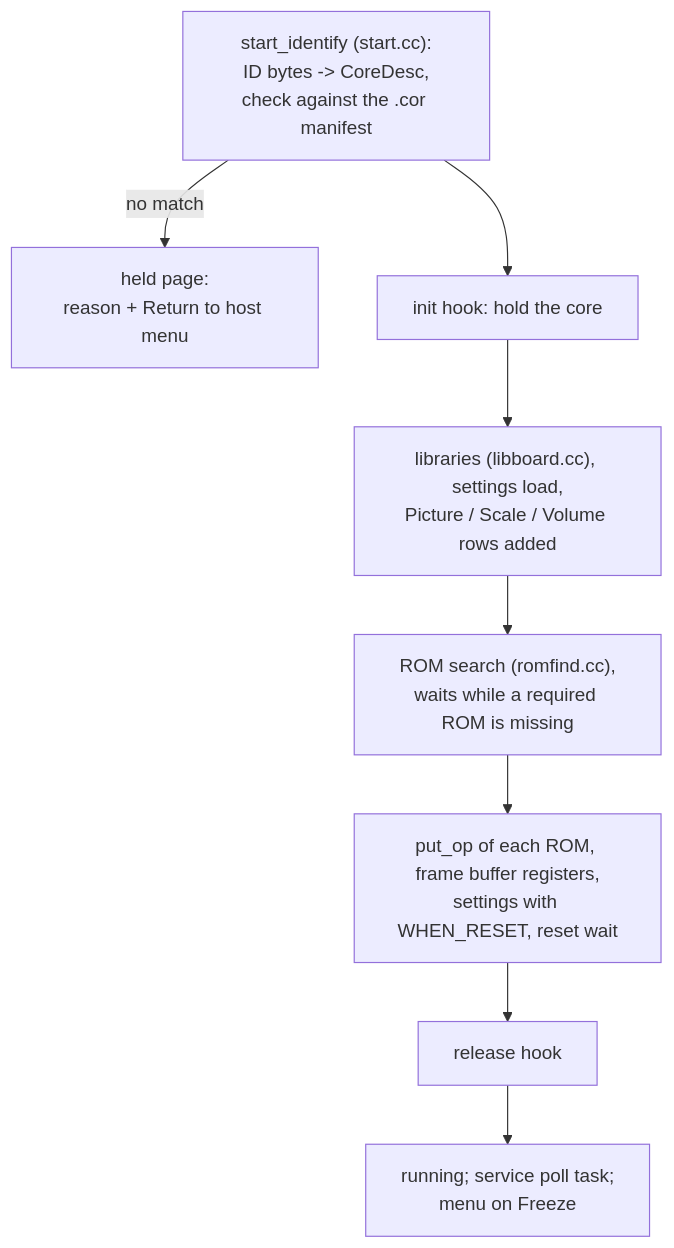
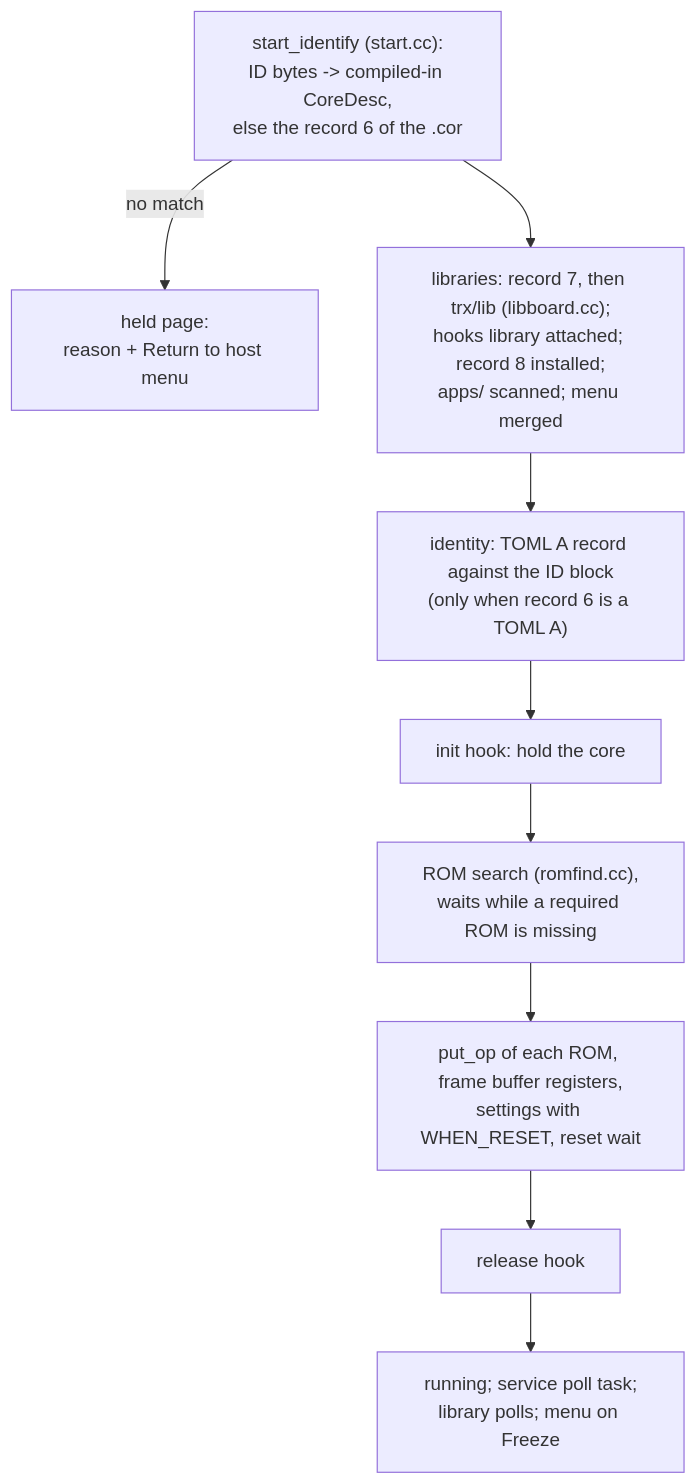
The second of 2 diagrams in docs/dev/core-app-guide.md (Jondalar/TRX64U-MultiCore), drawn with Mermaid before and after one commit. The commit also changed other lines of this file, not shown here.

First line of the commit message:
core app guide reworked by TRX64-Ultimate (Alex's request): the SDK core path, checked against t239.3 e7bed3e93

````diff
--- a/docs/dev/core-app-guide.md
+++ b/docs/dev/core-app-guide.md
@@ -44,10 +57,11 @@
 ```mermaid
 flowchart TD
-  A["start_identify (start.cc):<br/>ID bytes -> CoreDesc,<br/>check against the .cor manifest"] -->|no match| H["held page:<br/>reason + Return to host menu"]
-  A --> B["init hook: hold the core"]
-  B --> C["libraries (libboard.cc), settings load,<br/>Picture / Scale / Volume rows added"]
-  C --> D["ROM search (romfind.cc),<br/>waits while a required ROM is missing"]
+  A["start_identify (start.cc):<br/>ID bytes -> compiled-in CoreDesc,<br/>else the record 6 of the .cor"] -->|no match| H["held page:<br/>reason + Return to host menu"]
+  A --> L["libraries: record 7, then trx/lib (libboard.cc);<br/>hooks library attached; record 8 installed;<br/>apps/ scanned; menu merged"]
+  L --> I["identity: TOML A record against the ID block<br/>(only when record 6 is a TOML A)"]
+  I --> B["init hook: hold the core"]
+  B --> D["ROM search (romfind.cc),<br/>waits while a required ROM is missing"]
   D --> E["put_op of each ROM, frame buffer registers,<br/>settings with WHEN_RESET, reset wait"]
   E --> F["release hook"]
-  F --> G["running; service poll task;<br/>menu on Freeze"]
+  F --> G["running; service poll task;<br/>library polls; menu on Freeze"]
 ```
````
